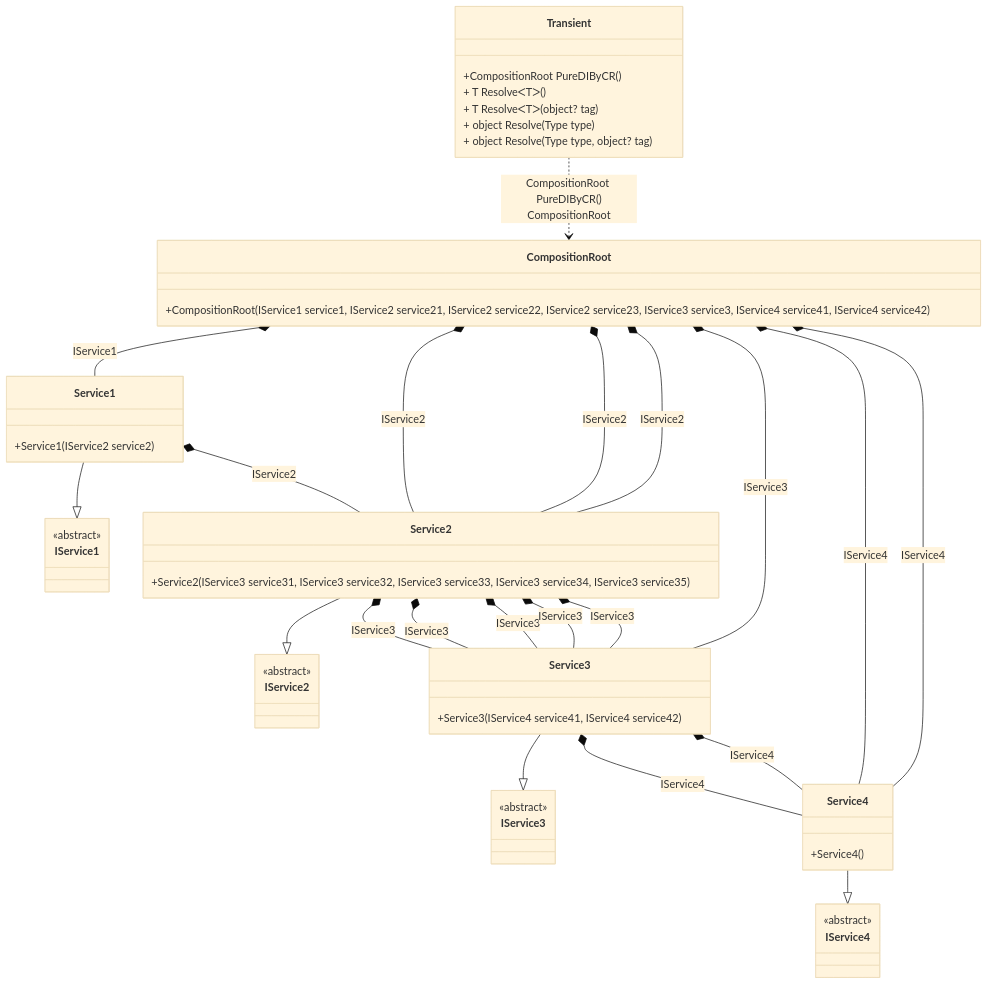
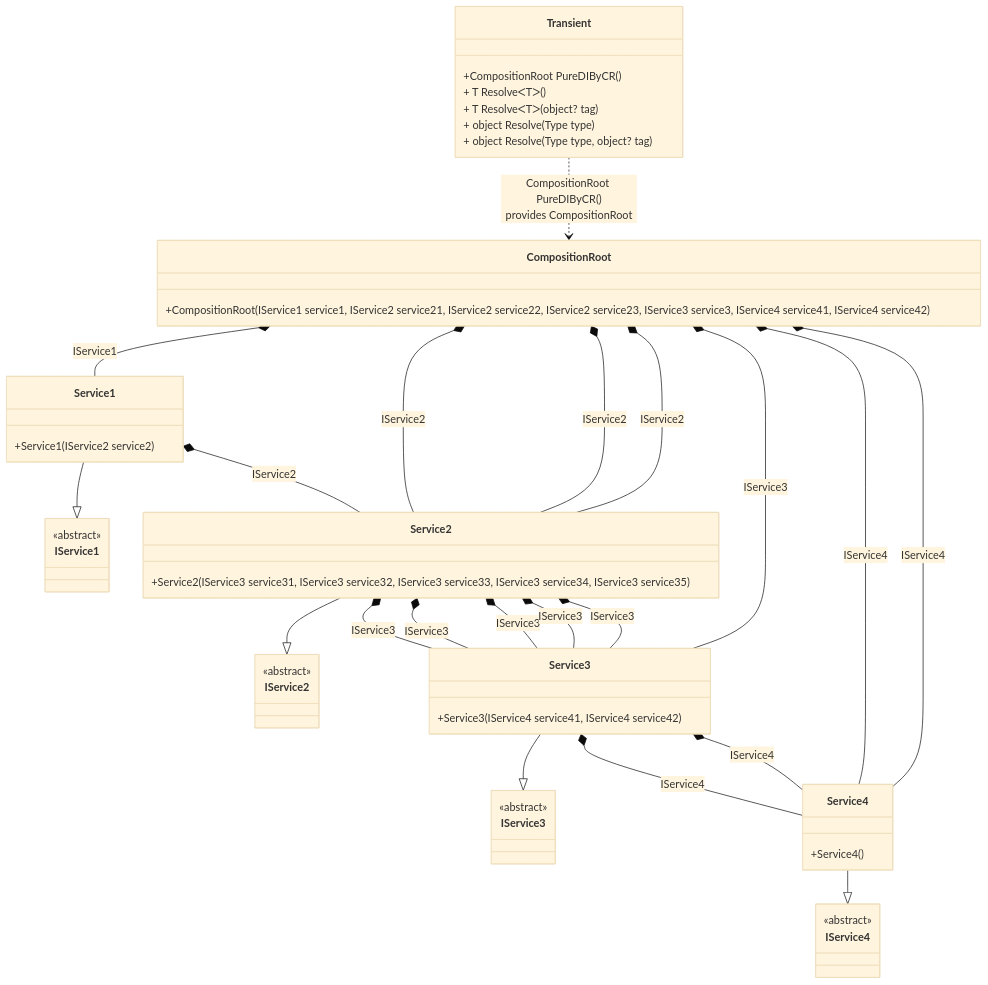
One commit to DevTeam/Pure.DI changed the diagram in readme/TransientDetails.md. Above: the diagram before and after it, drawn with Mermaid (base theme). The commit also changed 12 other files, not shown here.

````diff
--- a/readme/TransientDetails.md
+++ b/readme/TransientDetails.md
@@ -6,57 +6,57 @@
 ```mermaid
 classDiagram
   class Transient {
     +CompositionRoot PureDIByCR()
     + T ResolveᐸTᐳ()
     + T ResolveᐸTᐳ(object? tag)
     + object Resolve(Type type)
     + object Resolve(Type type, object? tag)
   }
   class CompositionRoot {
     +CompositionRoot(IService1 service1, IService2 service21, IService2 service22, IService2 service23, IService3 service3, IService4 service41, IService4 service42)
   }
   Service1 --|> IService1 : 
   class Service1 {
     +Service1(IService2 service2)
   }
   Service2 --|> IService2 : 
   class Service2 {
     +Service2(IService3 service31, IService3 service32, IService3 service33, IService3 service34, IService3 service35)
   }
   Service3 --|> IService3 : 
   class Service3 {
     +Service3(IService4 service41, IService4 service42)
   }
   Service4 --|> IService4 : 
   class Service4 {
     +Service4()
   }
   class IService1 {
     <<abstract>>
   }
   class IService2 {
     <<abstract>>
   }
   class IService3 {
     <<abstract>>
   }
   class IService4 {
     <<abstract>>
   }
   CompositionRoot *--  Service1 : IService1
   CompositionRoot *--  Service2 : IService2
   CompositionRoot *--  Service2 : IService2
   CompositionRoot *--  Service2 : IService2
   CompositionRoot *--  Service3 : IService3
   CompositionRoot *--  Service4 : IService4
   CompositionRoot *--  Service4 : IService4
   Service1 *--  Service2 : IService2
   Service2 *--  Service3 : IService3
   Service2 *--  Service3 : IService3
   Service2 *--  Service3 : IService3
   Service2 *--  Service3 : IService3
   Service2 *--  Service3 : IService3
   Service3 *--  Service4 : IService4
   Service3 *--  Service4 : IService4
-  Transient ..> CompositionRoot : CompositionRoot PureDIByCR()<br/>CompositionRoot
+  Transient ..> CompositionRoot : CompositionRoot PureDIByCR()<br/>provides CompositionRoot
 ```
````
